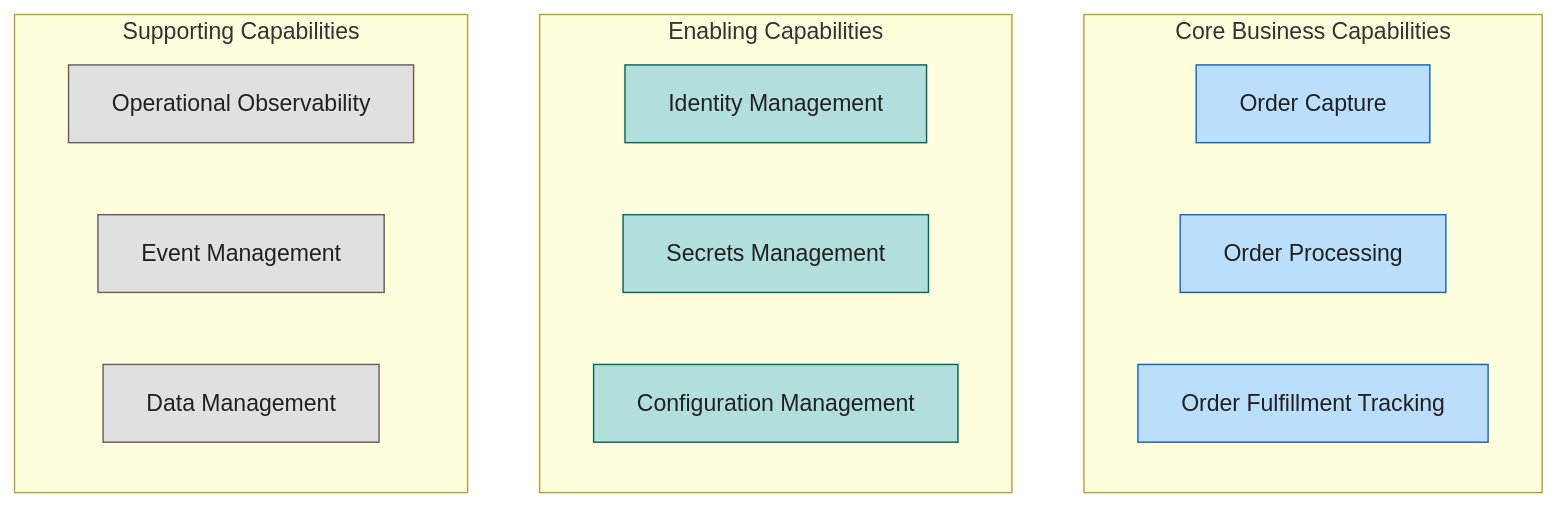
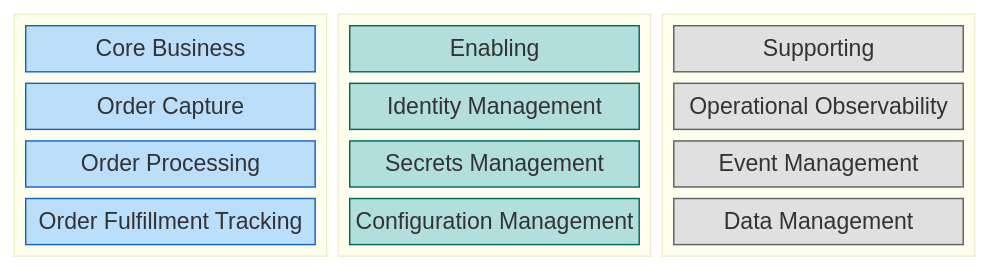
The first of 4 diagrams in docs/architecture/01-business-architecture.md (Evilazaro/Azure-LogicApps-Monitoring), drawn with Mermaid before and after one commit. The commit also changed other lines of this file and 1 other file, not shown here.

Commit message:
Refactor architecture diagrams for improved clarity and consistency in color coding

````diff
--- a/docs/architecture/01-business-architecture.md
+++ b/docs/architecture/01-business-architecture.md
@@ -32,28 +32,41 @@
 ```mermaid
-flowchart TB
-    subgraph CoreBusiness["Core Business Capabilities"]
-        OC[Order Capture]
-        OP[Order Processing]
-        OF[Order Fulfillment Tracking]
+block-beta
+    columns 3
+
+    block:core:1
+        columns 1
+        CoreLabel["Core Business"]
+        OC["Order Capture"]
+        OP["Order Processing"]
+        OF["Order Fulfillment Tracking"]
     end
 
-    subgraph Enabling["Enabling Capabilities"]
-        IM[Identity Management]
-        SM[Secrets Management]
-        CM[Configuration Management]
+    block:enabling:1
+        columns 1
+        EnablingLabel["Enabling"]
+        IM["Identity Management"]
+        SM["Secrets Management"]
+        CM["Configuration Management"]
     end
 
-    subgraph Supporting["Supporting Capabilities"]
-        OBS[Operational Observability]
-        EM[Event Management]
-        DM[Data Management]
+    block:supporting:1
+        columns 1
+        SupportingLabel["Supporting"]
+        OBS["Operational Observability"]
+        EM["Event Management"]
+        DM["Data Management"]
     end
 
-    classDef core fill:#BBDEFB,stroke:#1565C0,color:#212121
-    classDef enabling fill:#B2DFDB,stroke:#00695C,color:#212121
-    classDef supporting fill:#E0E0E0,stroke:#616161,color:#212121
-
-    class OC,OP,OF core
-    class IM,SM,CM enabling
-    class OBS,EM,DM supporting
+    style CoreLabel fill:#BBDEFB,stroke:#1565C0,color:#212121
+    style OC fill:#BBDEFB,stroke:#1565C0,color:#212121
+    style OP fill:#BBDEFB,stroke:#1565C0,color:#212121
+    style OF fill:#BBDEFB,stroke:#1565C0,color:#212121
+    style EnablingLabel fill:#B2DFDB,stroke:#00695C,color:#212121
+    style IM fill:#B2DFDB,stroke:#00695C,color:#212121
+    style SM fill:#B2DFDB,stroke:#00695C,color:#212121
+    style CM fill:#B2DFDB,stroke:#00695C,color:#212121
+    style SupportingLabel fill:#E0E0E0,stroke:#616161,color:#212121
+    style OBS fill:#E0E0E0,stroke:#616161,color:#212121
+    style EM fill:#E0E0E0,stroke:#616161,color:#212121
+    style DM fill:#E0E0E0,stroke:#616161,color:#212121
 ```
````
